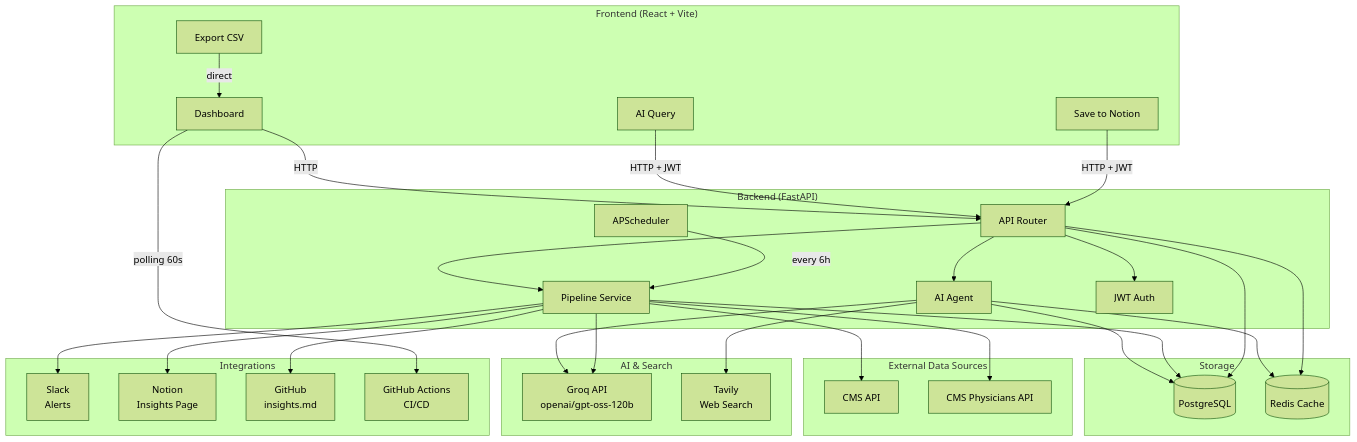
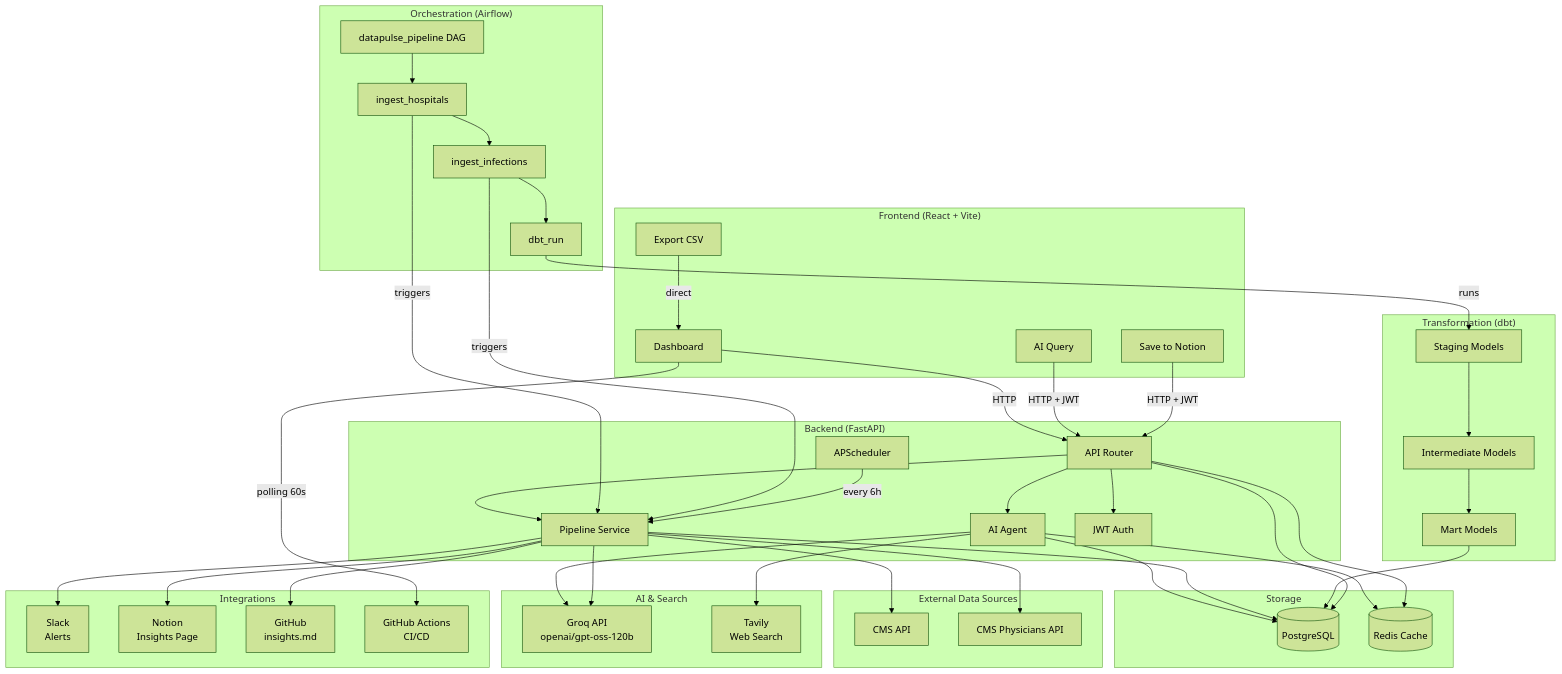
The diagram in README.md (rafael-ceotto/DataPulse), drawn with Mermaid (forest theme) before and after one commit. The commit also changed other lines of this file and 2 other files, not shown here.

Commit message:
Update README with dbt, Airflow and data quality alert

```diff
--- a/README.md
+++ b/README.md
@@ -52,6 +54,19 @@
         Pipeline[Pipeline Service]
         Scheduler[APScheduler]
         Auth[JWT Auth]
+    end
+
+    subgraph Orchestration["Orchestration (Airflow)"]
+        DAG[datapulse_pipeline DAG]
+        T1[ingest_hospitals]
+        T2[ingest_infections]
+        T3[dbt_run]
+    end
+
+    subgraph Transform["Transformation (dbt)"]
+        STG[Staging Models]
+        INT[Intermediate Models]
+        MRT[Mart Models]
     end
 
     subgraph Storage["Storage"]
@@ -90,6 +105,11 @@
     Agent --> PG
     Agent --> Redis
 
+    DAG --> T1 --> T2 --> T3
+    T1 -->|triggers| Pipeline
+    T2 -->|triggers| Pipeline
+    T3 -->|runs| STG --> INT --> MRT
+
     Pipeline --> CMS
     Pipeline --> Physicians
     Pipeline --> PG
@@ -99,6 +119,7 @@
     Pipeline --> GitHub
 
     Scheduler -->|every 6h| Pipeline
+    MRT --> PG
 
     Router --> PG
     Router --> Redis
```
